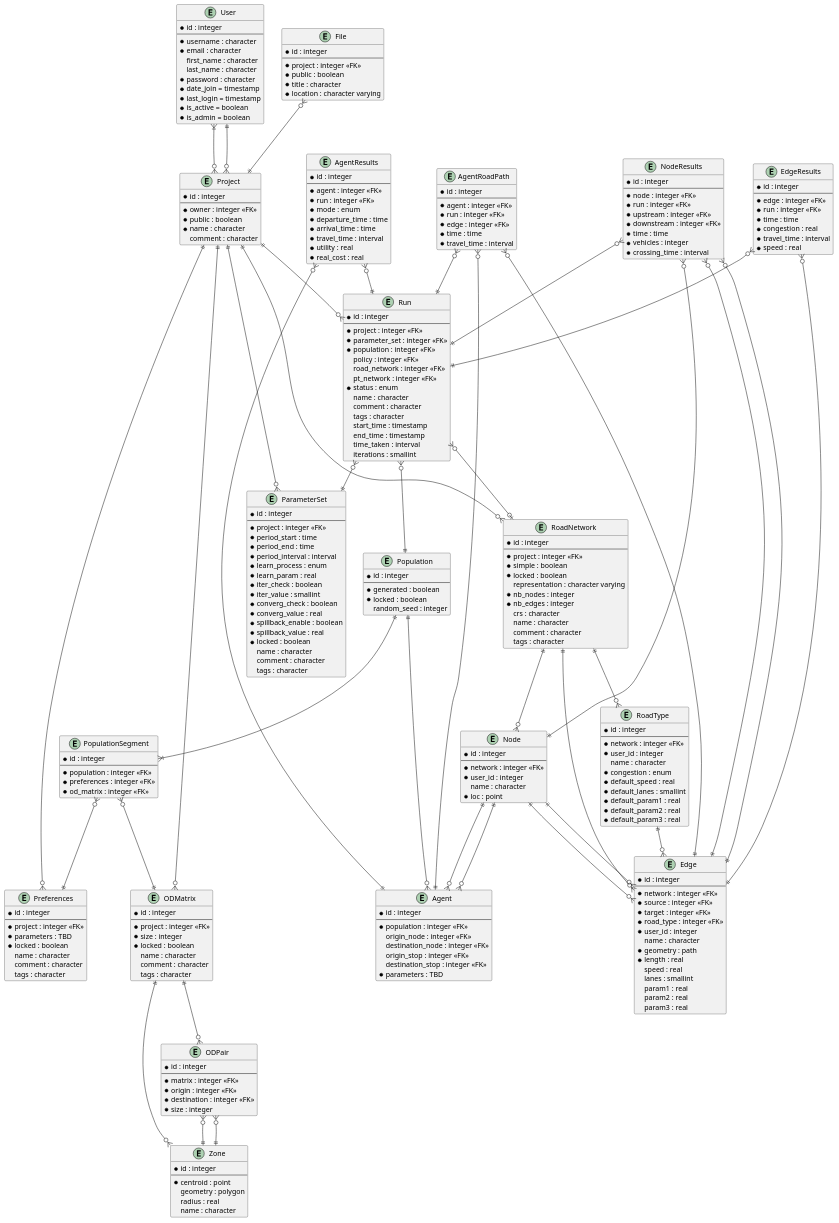
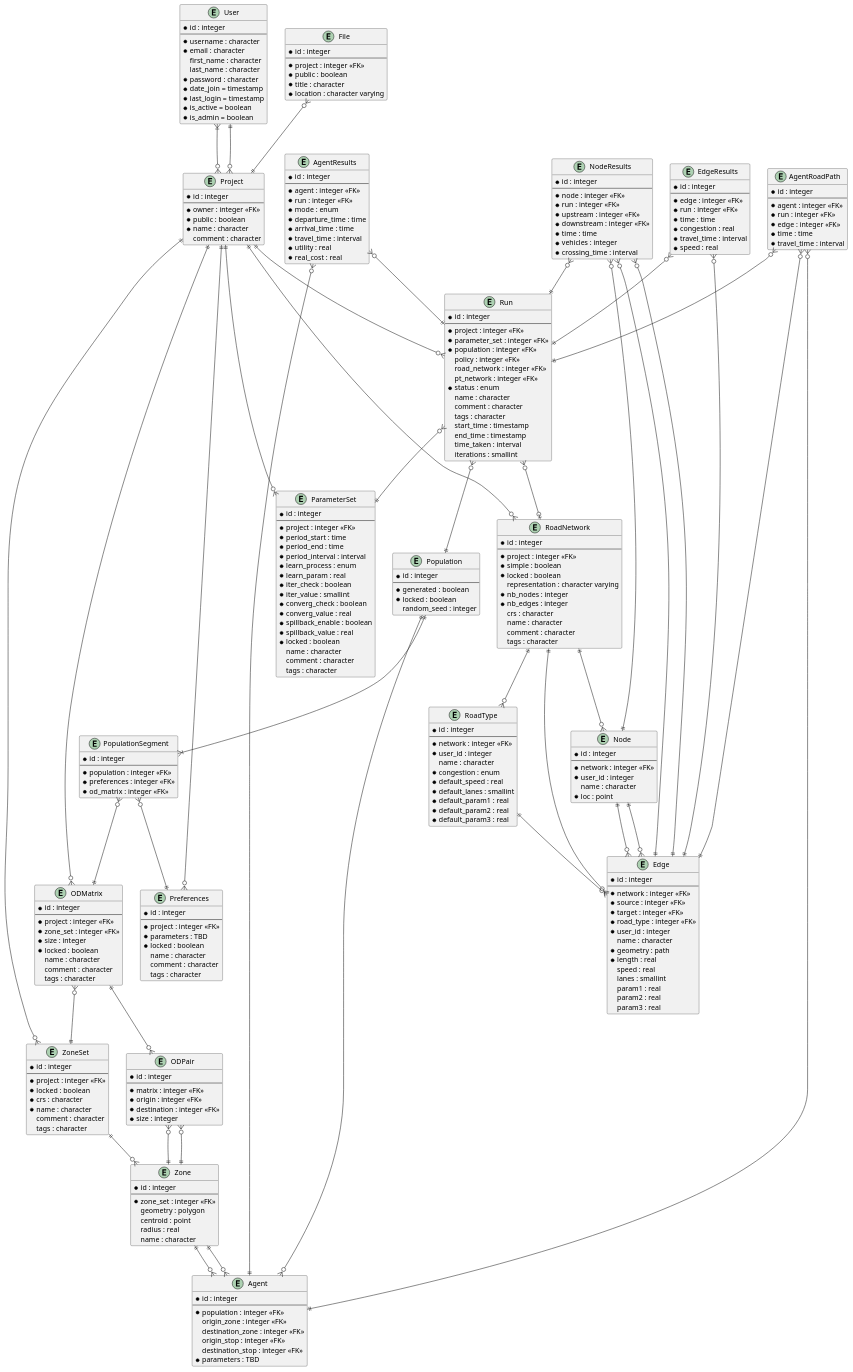
The diagram in docs/plantuml/db.plantuml (MetropolisTHEMA/MetropolisWebInterface), drawn with PlantUML before and after one commit. The commit also changed 1 other file, not shown here.

```diff
--- a/docs/plantuml/db.plantuml
+++ b/docs/plantuml/db.plantuml
@@ -87,6 +87,7 @@
   *id : integer
   --
   *project : integer <<FK>>
+  *zone_set : integer <<FK>>
   *size : integer
   *locked : boolean
   name : character
@@ -94,11 +95,23 @@
   tags : character
 }
 
+entity "ZoneSet" as zone_set {
+    *id : integer
+    --
+    *project : integer <<FK>>
+    *locked : boolean
+    *crs : character
+    *name : character
+    comment : character
+    tags : character
+}
+
 entity "Zone" as zone {
   *id : integer
   --
-  *centroid : point
+  *zone_set : integer <<FK>>
   geometry : polygon
+  centroid : point
   radius : real
   name : character
 }
@@ -132,8 +145,8 @@
   *id : integer
   --
   *population : integer <<FK>>
-  origin_node : integer <<FK>>
-  destination_node : integer <<FK>>
+  origin_zone : integer <<FK>>
+  destination_zone : integer <<FK>>
   origin_stop : integer <<FK>>
   destination_stop : integer <<FK>>
   *parameters : TBD
@@ -249,6 +262,7 @@
 proj ||--o{ param
 proj ||--o{ pref
 proj ||--o{ od_matrix
+proj ||--o{ zone_set
 run }o--o| net
 run }o--|| param
 run }o--|| pop
@@ -256,12 +270,13 @@
 pop_seg }o--|| od_matrix
 pop_seg }o--|| pref
 od_matrix ||--o{ od_pair
-od_matrix ||--o{ zone
+od_matrix }o--|| zone_set
+zone_set ||--o{ zone
 od_pair }o--|| zone
 od_pair }o--|| zone
 pop ||--o{ agent
-node ||--o{ agent
-node ||--o{ agent
+zone ||--o{ agent
+zone ||--o{ agent
 a_res }o--|| agent
 a_res }o--|| run
 a_path }o--|| agent
```
